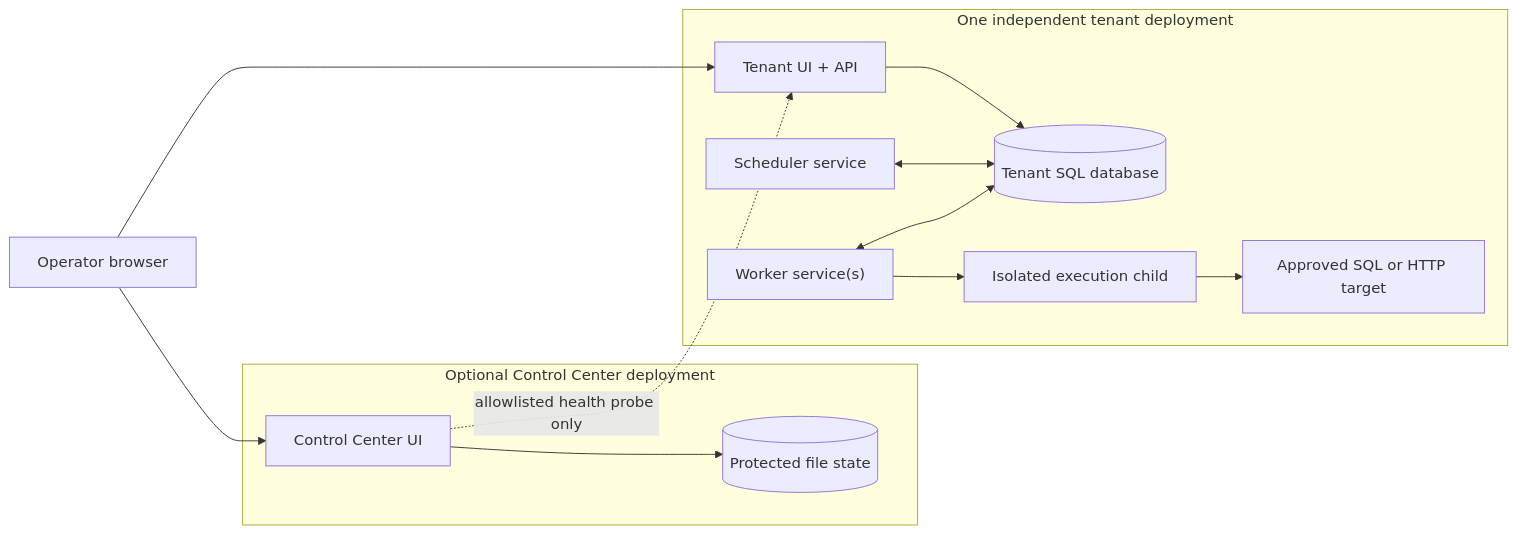
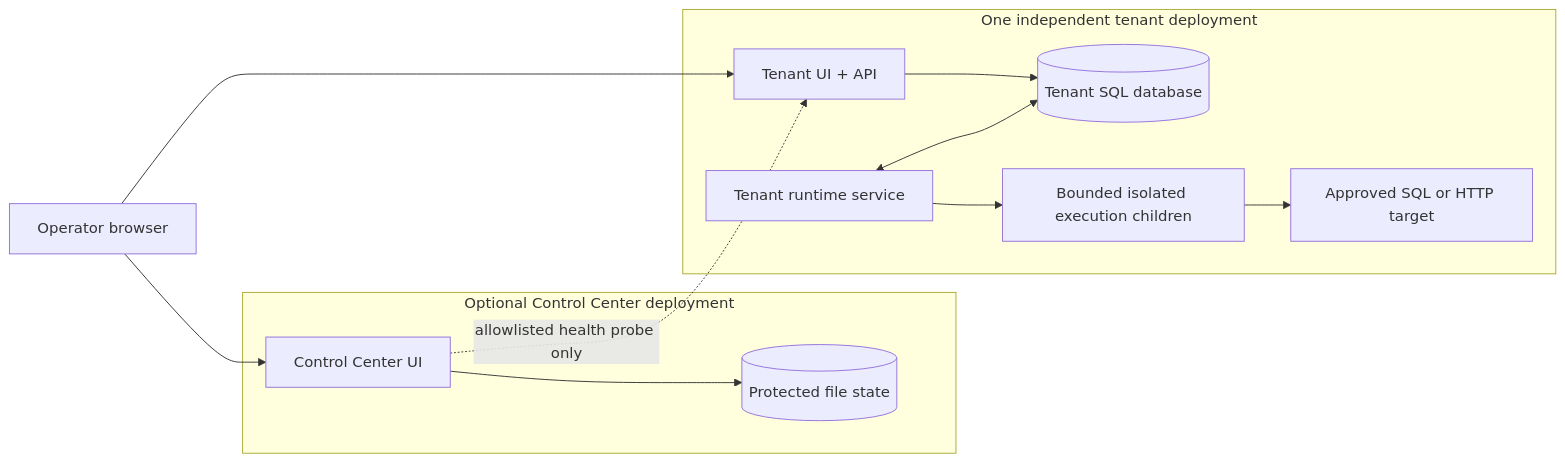
The diagram in docs/reference/architecture.md (brunofreitasv/WorkerDock), drawn with Mermaid before and after one commit. The commit also changed other lines of this file and 46 other files, not shown here.

Commit message:
docs: describe single-node tenant runtime

````diff
--- a/docs/reference/architecture.md
+++ b/docs/reference/architecture.md
@@ -7,16 +7,15 @@
 ```mermaid
 flowchart LR
     Operator["Operator browser"] --> CenterWeb["Control Center UI"]
     Operator --> TenantWeb["Tenant UI + API"]
     subgraph Center["Optional Control Center deployment"]
         CenterWeb --> CenterFiles[("Protected file state")]
     end
     subgraph Tenant["One independent tenant deployment"]
         TenantWeb --> TenantDb[("Tenant SQL database")]
-        Scheduler["Scheduler service"] <--> TenantDb
-        Worker["Worker service(s)"] <--> TenantDb
-        Worker --> Executor["Isolated execution child"]
+        Runtime["Tenant runtime service"] <--> TenantDb
+        Runtime --> Executor["Bounded isolated execution children"]
         Executor --> Target["Approved SQL or HTTP target"]
     end
     CenterWeb -. "allowlisted health probe only" .-> TenantWeb
 ```
````
